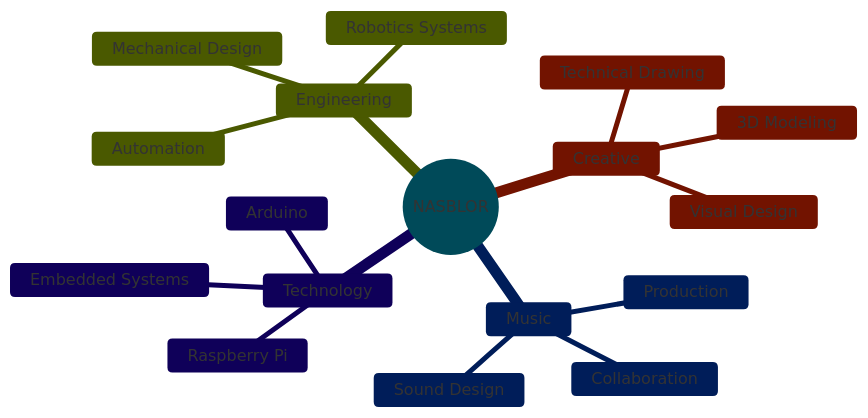
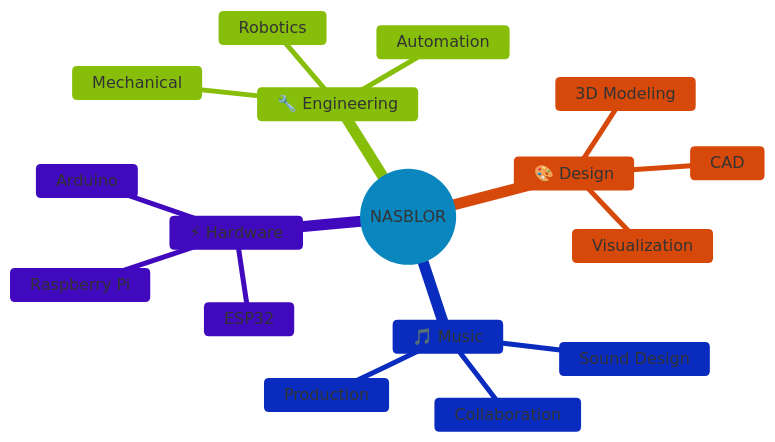
One commit to nasblor/nasblor changed the third of 3 diagrams in readme.md. Above: the diagram before and after it, drawn with Mermaid. The commit also changed other lines of this file, not shown here.

````diff
--- a/readme.md
+++ b/readme.md
@@ -131,21 +110,21 @@
 ```mermaid
-%%{init: {'theme': 'base', 'themeVariables': { 'primaryColor': '#00B4D8'}}}%%
+%%{init: {'theme': 'base', 'themeVariables': { 'primaryColor': '#4FC3F7'}}}%%
 mindmap
   root((NASBLOR))
-    Engineering
-      Mechanical Design
-      Robotics Systems
+    🔧 Engineering
+      Mechanical
+      Robotics
       Automation
-    Creative
+    🎨 Design
       3D Modeling
-      Technical Drawing
-      Visual Design
-    Music
+      CAD
+      Visualization
+    🎵 Music
       Production
       Collaboration
       Sound Design
-    Technology
+    ⚡ Hardware
       Arduino
+      ESP32
       Raspberry Pi
-      Embedded Systems
 ```
````
